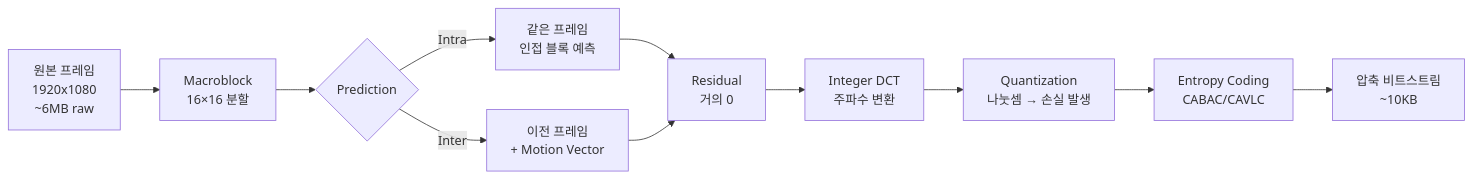
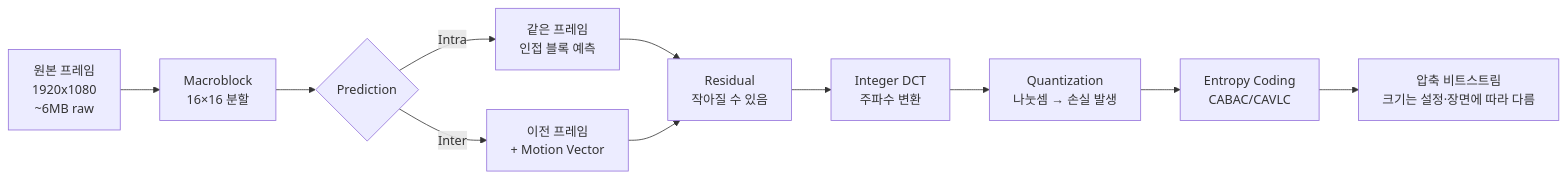
One commit to xodbs1021/xodbs1021.github.io changed the diagram in content/posts/tech-blurting/h264-deep-dive.md. Above: the diagram before and after it, drawn with Mermaid. The commit also changed other lines of this file and 29 other files, not shown here.

````diff
--- a/content/posts/tech-blurting/h264-deep-dive.md
+++ b/content/posts/tech-blurting/h264-deep-dive.md
@@ -120,13 +84,13 @@
 ```mermaid
 flowchart LR
   A[원본 프레임<br/>1920x1080<br/>~6MB raw] --> B[Macroblock<br/>16×16 분할]
   B --> C{Prediction}
   C -->|Intra| D1[같은 프레임<br/>인접 블록 예측]
   C -->|Inter| D2[이전 프레임<br/>+ Motion Vector]
-  D1 --> E[Residual<br/>거의 0]
+  D1 --> E[Residual<br/>작아질 수 있음]
   D2 --> E
   E --> F[Integer DCT<br/>주파수 변환]
   F --> G[Quantization<br/>나눗셈 → 손실 발생]
   G --> H[Entropy Coding<br/>CABAC/CAVLC]
-  H --> I[압축 비트스트림<br/>~10KB]
+  H --> I[압축 비트스트림<br/>크기는 설정·장면에 따라 다름]
 ```
````
